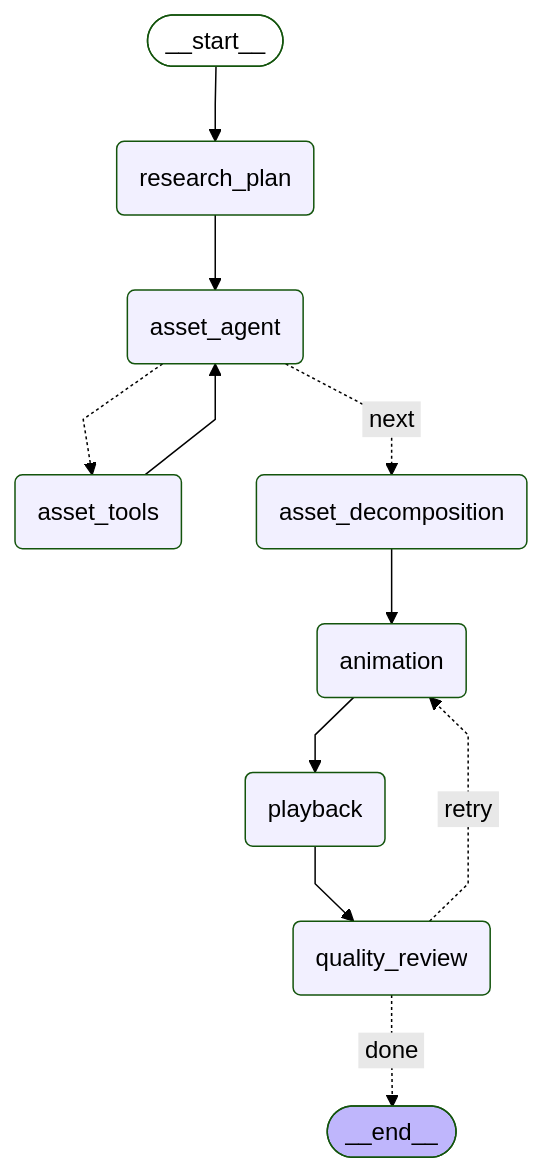
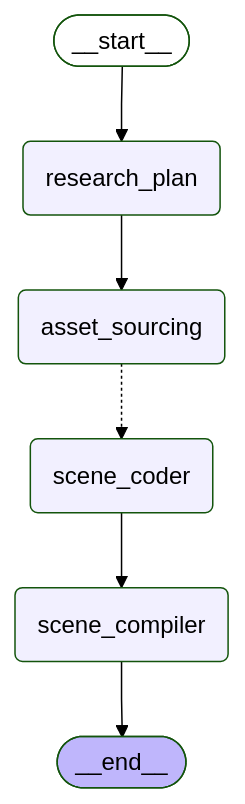
One commit to KalimAmzad/explainer-videos changed the diagram in docs/langgraph-workflow.mmd. Above: the diagram before and after it, drawn with Mermaid (forest theme). The commit also changed 18 other files, not shown here.

First line of the commit message:
feat: v3.3 pipeline — Claude Sonnet scene coder, primitive SVG, stroke draw-on

```diff
--- a/docs/langgraph-workflow.mmd
+++ b/docs/langgraph-workflow.mmd
@@ -1,24 +1,16 @@
 %%{init: {'flowchart': {'curve': 'linear'}}}%%
 graph TD;
 	__start__([<p>__start__</p>]):::first
 	research_plan(research_plan)
-	asset_agent(asset_agent)
-	asset_tools(asset_tools)
-	asset_decomposition(asset_decomposition)
-	animation(animation)
-	playback(playback)
-	quality_review(quality_review)
+	asset_sourcing(asset_sourcing)
+	scene_coder(scene_coder)
+	scene_compiler(scene_compiler)
 	__end__([<p>__end__</p>]):::last
 	__start__ --> research_plan;
-	animation --> playback;
-	asset_decomposition --> animation;
-	asset_tools --> asset_agent;
-	playback --> quality_review;
-	research_plan --> asset_agent;
-	asset_agent -.-> asset_tools;
-	asset_agent -. &nbsp;next&nbsp; .-> asset_decomposition;
-	quality_review -. &nbsp;retry&nbsp; .-> animation;
-	quality_review -. &nbsp;done&nbsp; .-> __end__;
+	research_plan --> asset_sourcing;
+	scene_coder --> scene_compiler;
+	scene_compiler --> __end__;
+	asset_sourcing -.-> scene_coder;
 	classDef default fill:#f2f0ff,line-height:1.2;
 	classDef first fill-opacity:0;
 	classDef last fill:#bfb6fc;
```
